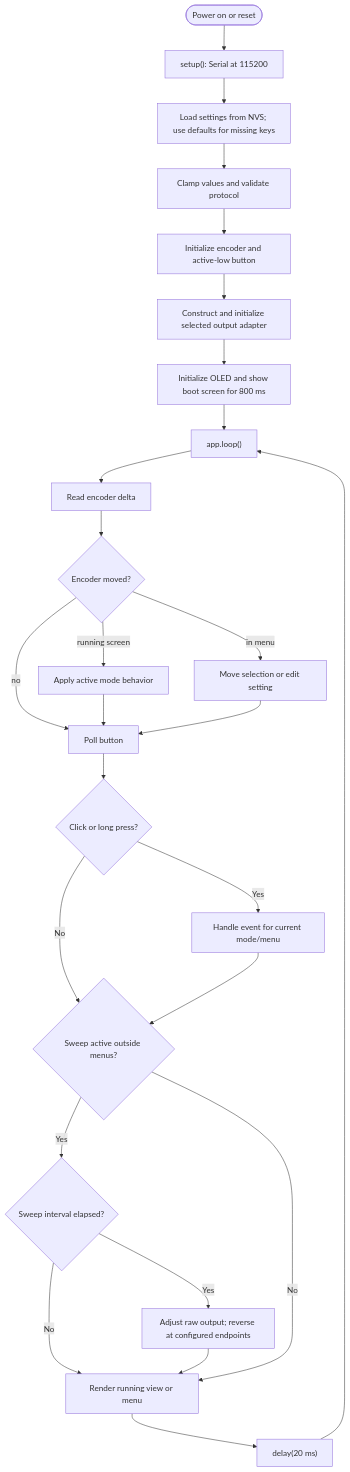
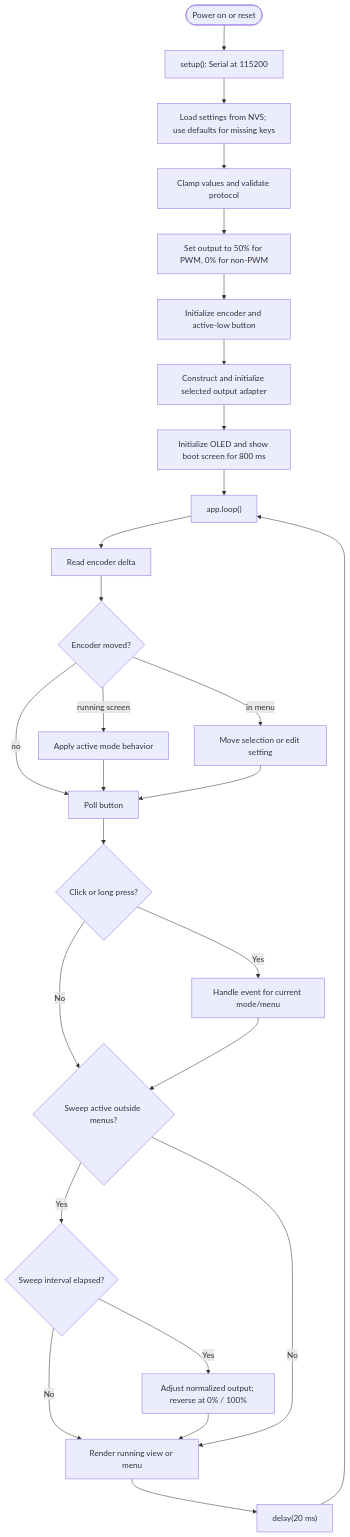
The fourth of 4 diagrams in DIAGRAMS.md (DKKivu/ServoTester), drawn with Mermaid before and after one commit. The commit also changed other lines of this file and 3 other files, not shown here.

````diff
--- a/DIAGRAMS.md
+++ b/DIAGRAMS.md
@@ -160,29 +165,30 @@
 ```mermaid
 flowchart TD
     START([Power on or reset]) --> SETUP["setup(): Serial at 115200"]
     SETUP --> LOAD["Load settings from NVS; use defaults for missing keys"]
     LOAD --> CLAMP["Clamp values and validate protocol"]
-    CLAMP --> INPUTS["Initialize encoder and active-low button"]
+    CLAMP --> NORMALIZED["Set output to 50% for PWM, 0% for non-PWM"]
+    NORMALIZED --> INPUTS["Initialize encoder and active-low button"]
     INPUTS --> SELECT["Construct and initialize selected output adapter"]
     SELECT --> DISPLAY["Initialize OLED and show boot screen for 800 ms"]
     DISPLAY --> LOOP["app.loop()"]
 
     LOOP --> READ["Read encoder delta"]
     READ --> EDIT{"Encoder moved?"}
     EDIT -- "running screen" --> MODE["Apply active mode behavior"]
     EDIT -- "in menu" --> MENU["Move selection or edit setting"]
     EDIT -- "no" --> POLL
     MODE --> POLL["Poll button"]
     MENU --> POLL
     POLL --> EVENT{"Click or long press?"}
     EVENT -- Yes --> HANDLE["Handle event for current mode/menu"]
     EVENT -- No --> SWEEP_CHECK
     HANDLE --> SWEEP_CHECK{"Sweep active outside menus?"}
     SWEEP_CHECK -- Yes --> ELAPSED{"Sweep interval elapsed?"}
-    ELAPSED -- Yes --> SWEEP["Adjust raw output; reverse at configured endpoints"]
+    ELAPSED -- Yes --> SWEEP["Adjust normalized output; reverse at 0% / 100%"]
     ELAPSED -- No --> RENDER
     SWEEP --> RENDER["Render running view or menu"]
     SWEEP_CHECK -- No --> RENDER
     RENDER --> WAIT["delay(20 ms)"]
     WAIT --> LOOP
 ```
````
